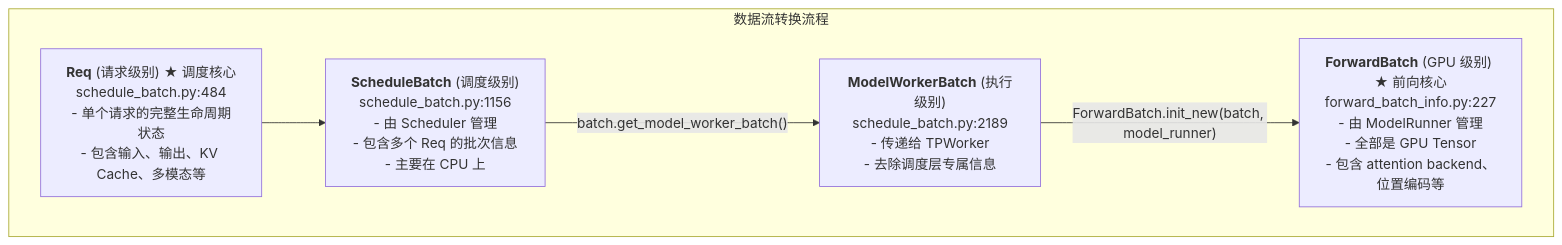
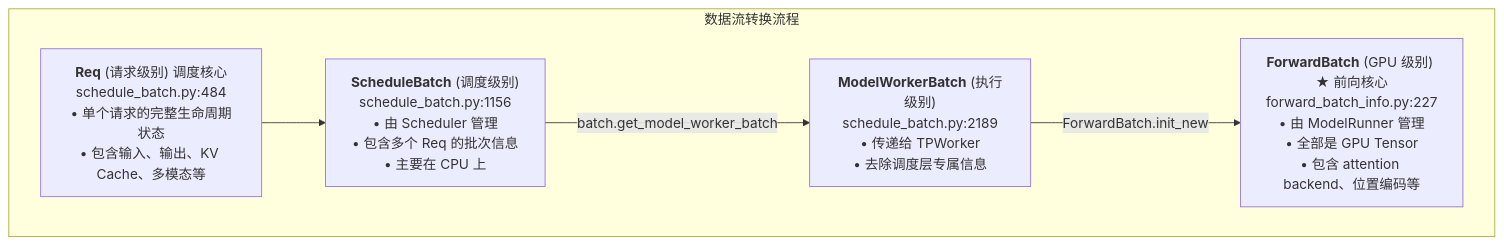
One commit to wesleyck/AIInfraNotes changed the second of 2 diagrams in content/SGLang/02_core_data_structures.md. Above: the diagram before and after it, drawn with Mermaid. The commit also changed other lines of this file and 7 other files, not shown here.

````diff
--- a/content/SGLang/02_core_data_structures.md
+++ b/content/SGLang/02_core_data_structures.md
@@ -45,13 +45,16 @@
 ```mermaid
 flowchart TD
     subgraph Pipeline["数据流转换流程"]
-        REQ["<b>Req</b> (请求级别) ★ 调度核心<br/>schedule_batch.py:484<br/>- 单个请求的完整生命周期状态<br/>- 包含输入、输出、KV Cache、多模态等"]
-        SB["<b>ScheduleBatch</b> (调度级别)<br/>schedule_batch.py:1156<br/>- 由 Scheduler 管理<br/>- 包含多个 Req 的批次信息<br/>- 主要在 CPU 上"]
-        MWB["<b>ModelWorkerBatch</b> (执行级别)<br/>schedule_batch.py:2189<br/>- 传递给 TPWorker<br/>- 去除调度层专属信息"]
-        FB["<b>ForwardBatch</b> (GPU 级别) ★ 前向核心<br/>forward_batch_info.py:227<br/>- 由 ModelRunner 管理<br/>- 全部是 GPU Tensor<br/>- 包含 attention backend、位置编码等"]
+        REQ["<b>Req</b> (请求级别) 调度核心<br/>schedule_batch.py:484<br/>• 单个请求的完整生命周期状态<br/>• 包含输入、输出、KV Cache、多模态等"]
+        
+        SB["<b>ScheduleBatch</b> (调度级别)<br/>schedule_batch.py:1156<br/>• 由 Scheduler 管理<br/>• 包含多个 Req 的批次信息<br/>• 主要在 CPU 上"]
+        
+        MWB["<b>ModelWorkerBatch</b> (执行级别)<br/>schedule_batch.py:2189<br/>• 传递给 TPWorker<br/>• 去除调度层专属信息"]
+        
+        FB["<b>ForwardBatch</b> (GPU 级别) ★ 前向核心<br/>forward_batch_info.py:227<br/>• 由 ModelRunner 管理<br/>• 全部是 GPU Tensor<br/>• 包含 attention backend、位置编码等"]
 
         REQ --> SB
-        SB -->|"batch.get_model_worker_batch()"| MWB
-        MWB -->|"ForwardBatch.init_new(batch, model_runner)"| FB
+        SB -->|batch.get_model_worker_batch| MWB
+        MWB -->|ForwardBatch.init_new| FB
     end
 ```
````
